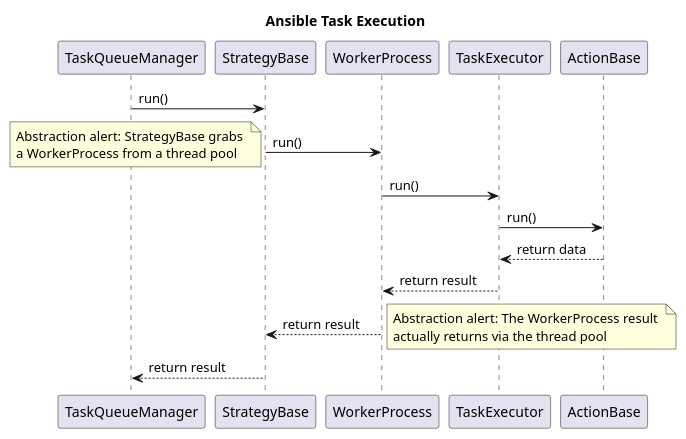
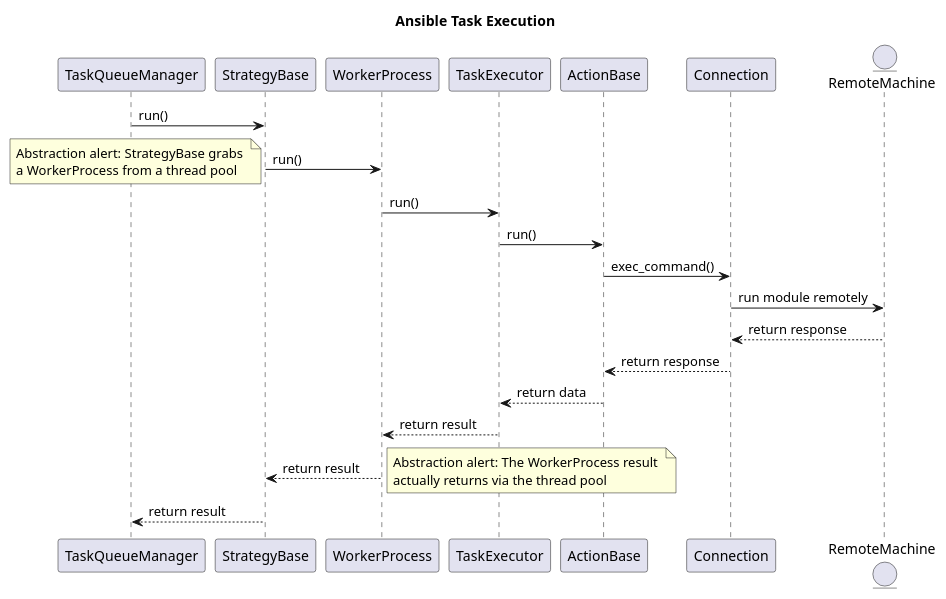
Before and after one commit to ezequiels/nazz: the diagram in project/uml/SequenceDiagram/TaskQueueManager.puml, drawn with PlantUML. The commit also changed 6 other files, not shown here.

Commit message:
Updates to seq diagrams

```diff
--- a/project/uml/SequenceDiagram/TaskQueueManager.puml
+++ b/project/uml/SequenceDiagram/TaskQueueManager.puml
@@ -1,15 +1,20 @@
 @startuml
 
 title Ansible Task Execution
 TaskQueueManager->StrategyBase: run()
 StrategyBase->WorkerProcess: run()
 note left: Abstraction alert: StrategyBase grabs \na WorkerProcess from a thread pool
 WorkerProcess->TaskExecutor: run()
 TaskExecutor->ActionBase: run()
+ActionBase -> Connection: exec_command()
+entity RemoteMachine
+Connection->RemoteMachine:run module remotely
+Connection <-- RemoteMachine: return response
+ActionBase <-- Connection: return response
 ActionBase-->TaskExecutor: return data
 TaskExecutor-->WorkerProcess: return result
 WorkerProcess-->StrategyBase: return result
 note right: Abstraction alert: The WorkerProcess result \nactually returns via the thread pool
 StrategyBase-->TaskQueueManager: return result
 
 @enduml
```
